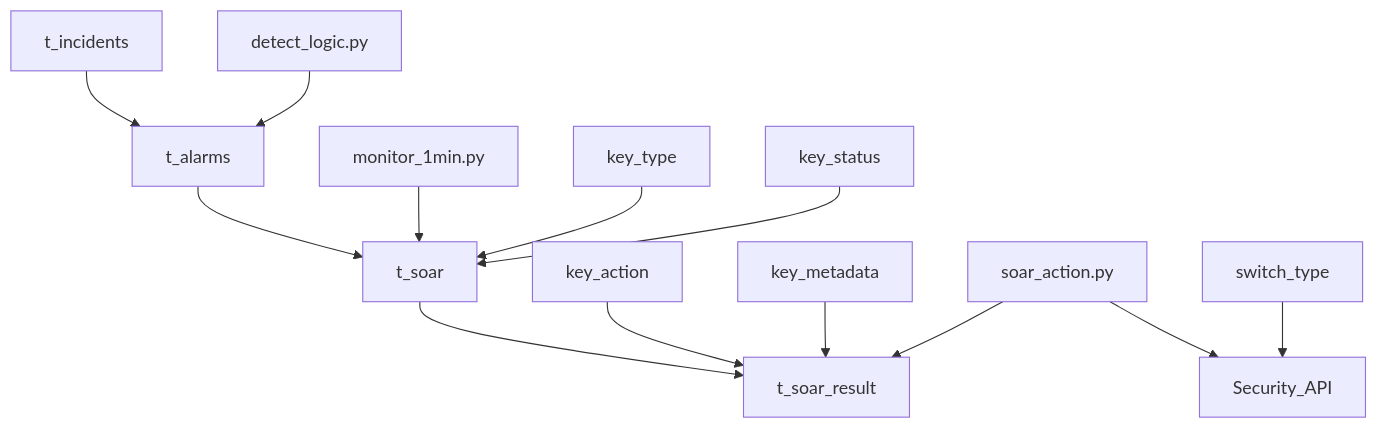
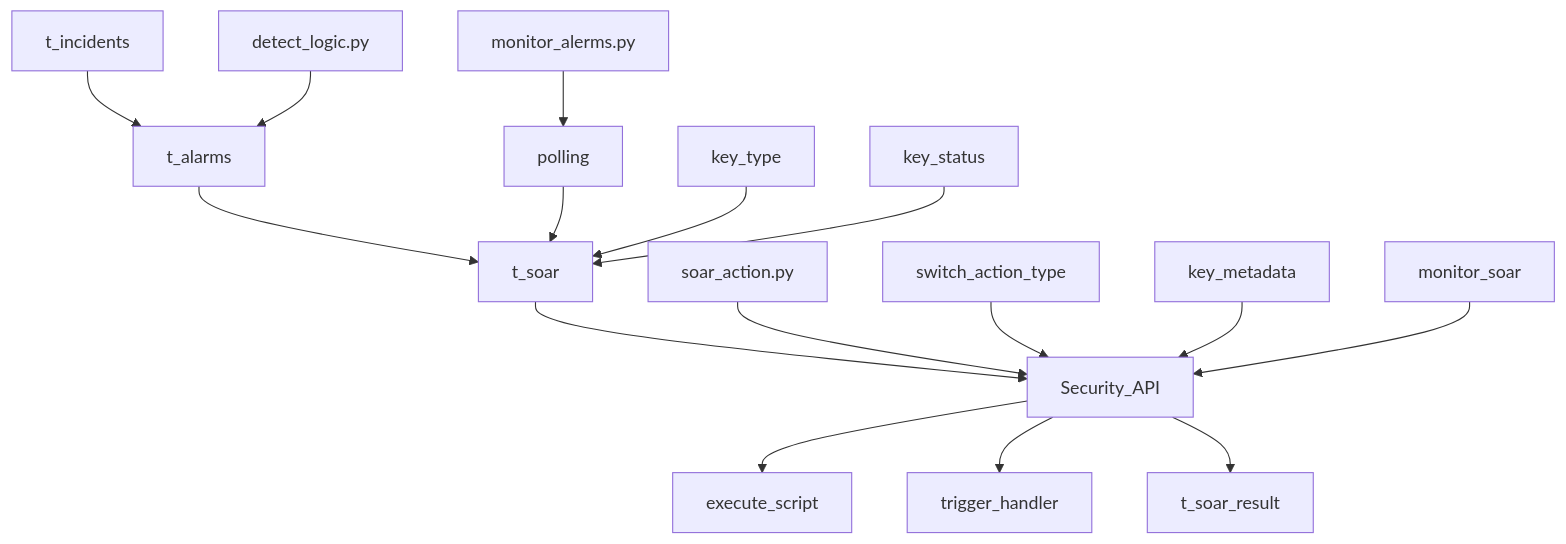
Before and after one commit to Jayway007/Offense-and-Defense: the diagram in Defense/Security-Operation/Solution/SOAR/README.md, drawn with Mermaid.

````diff
--- a/Defense/Security-Operation/Solution/SOAR/README.md
+++ b/Defense/Security-Operation/Solution/SOAR/README.md
@@ -12,20 +12,21 @@
 ```mermaid
 graph TD;
     t_incidents-->t_alarms;
     detect_logic.py-->t_alarms; 
     
     t_alarms-->t_soar;
-    monitor_1min.py-->t_soar;
+    monitor_alerms.py-->polling;
+    polling-->t_soar;
     key_type-->t_soar;
     key_status-->t_soar;
     
-    t_soar-->t_soar_result;
-    key_action-->t_soar_result;
-    key_metadata-->t_soar_result;
-    soar_action.py-->t_soar_result;
+    t_soar-->Security_API;  
+    soar_action.py-->Security_API;
+    switch_action_type-->Security_API;
+    key_metadata-->Security_API;
+    monitor_soar-->Security_API;
     
-    
-    soar_action.py-->Security_API;
-    switch_type-->Security_API;
-    
+    Security_API-->execute_script;
+    Security_API-->trigger_handler;
+    Security_API-->t_soar_result;
 ```
````
